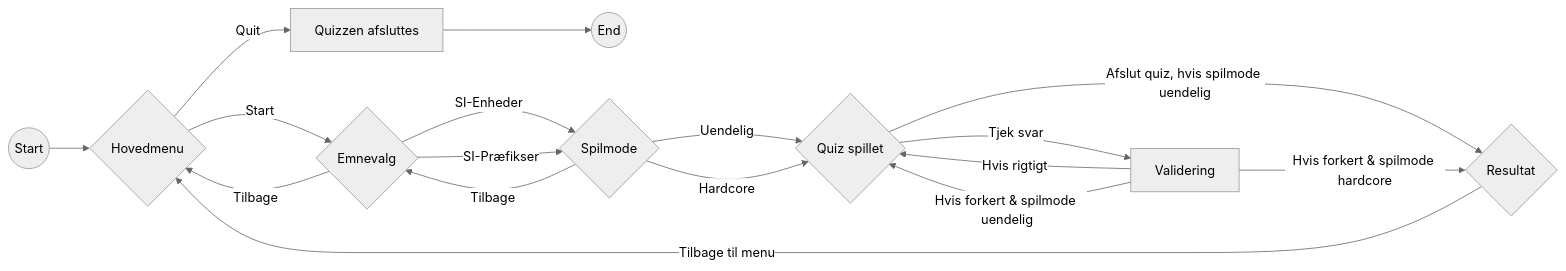
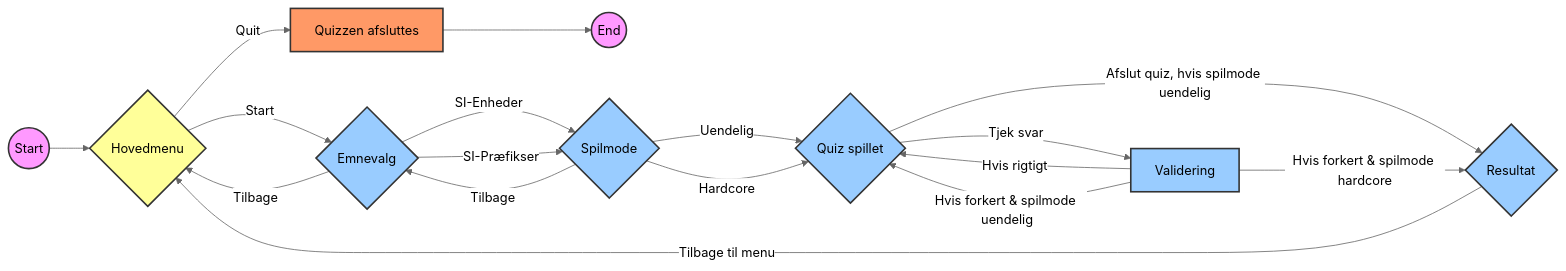
The diagram in README.md (mjdvisualz/fysik-quiz-app), drawn with Mermaid (neutral theme) before and after one commit.

````diff
--- a/README.md
+++ b/README.md
@@ -16,21 +16,29 @@
 ```mermaid
 graph LR
+    style A fill:#f9f,stroke:#333,stroke-width:2px
+    style E fill:#f9f,stroke:#333,stroke-width:2px
+    style B fill:#ff9,stroke:#333,stroke-width:2px
+    style C fill:#9cf,stroke:#333,stroke-width:2px
+    style D fill:#f96,stroke:#333,stroke-width:2px
+    style F fill:#9cf,stroke:#333,stroke-width:2px
+    style G fill:#9cf,stroke:#333,stroke-width:2px
+    style H fill:#9cf,stroke:#333,stroke-width:2px
+    style I fill:#9cf,stroke:#333,stroke-width:2px
+
     A((Start)) --> B{Hovedmenu}
     B -->|Start| C{Emnevalg}
     B -->|Quit| D[Quizzen afsluttes]
     D --> E((End))
     C --> |SI-Enheder| F{Spilmode}
     C --> |SI-Præfikser| F
     C --> |Tilbage| B
     F --> |Uendelig| G{Quiz spillet}
     F --> |Hardcore| G
     F --> |Tilbage| C
     G --> |Tjek svar| H[Validering]
     G --> |Afslut quiz, hvis spilmode uendelig| I{Resultat}
     H --> |Hvis rigtigt| G
     H --> |Hvis forkert & spilmode uendelig| G
     H --> |Hvis forkert & spilmode hardcore| I
     I --> |Tilbage til menu| B
-    
-
 ```
````
